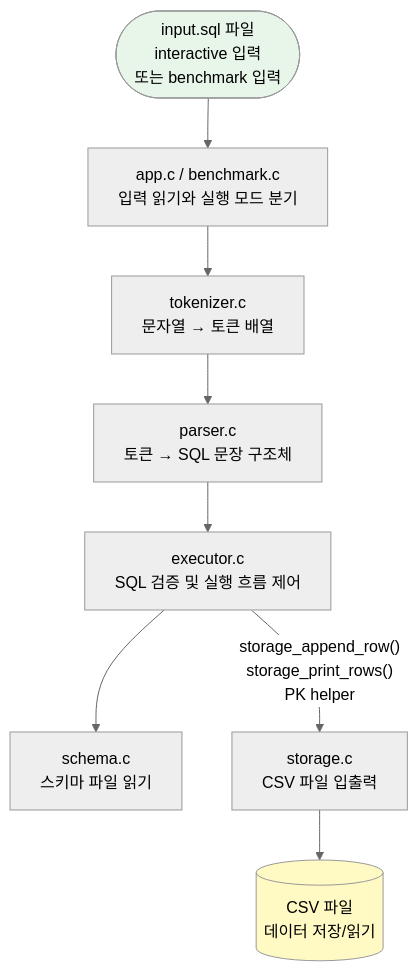
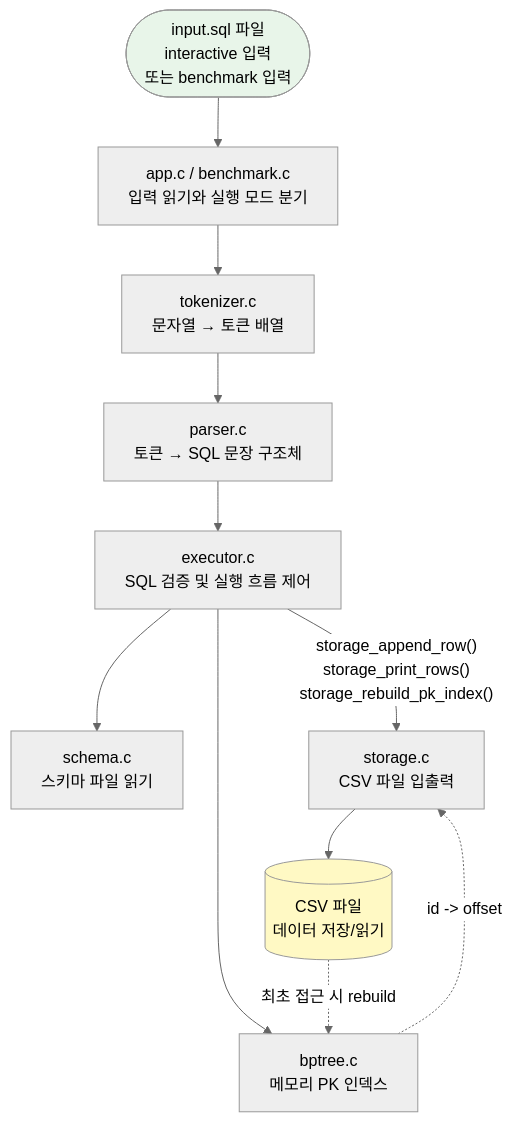
The first of 11 diagrams in GUIDE.md (Jungle-12-303/week7-02-sql-index), drawn with Mermaid (neutral theme) before and after one commit. The commit also changed other lines of this file and 10 other files, not shown here.

````diff
--- a/GUIDE.md
+++ b/GUIDE.md
@@ -100,13 +115,16 @@
 ```mermaid
 flowchart TD
     A(["input.sql 파일\ninteractive 입력\n또는 benchmark 입력"]) --> B["app.c / benchmark.c\n입력 읽기와 실행 모드 분기"]
     B --> C["tokenizer.c\n문자열 → 토큰 배열"]
     C --> D["parser.c\n토큰 → SQL 문장 구조체"]
     D --> E["executor.c\nSQL 검증 및 실행 흐름 제어"]
     E --> F["schema.c\n스키마 파일 읽기"]
-    E -->|"storage_append_row()\nstorage_print_rows()\nPK helper"| H["storage.c\nCSV 파일 입출력"]
+    E -->|"storage_append_row()\nstorage_print_rows()\nstorage_rebuild_pk_index()"| H["storage.c\nCSV 파일 입출력"]
+    E --> I["bptree.c\n메모리 PK 인덱스"]
     H --> G[("CSV 파일\n데이터 저장/읽기")]
+    G -. "최초 접근 시 rebuild" .-> I
+    I -. "id -> offset" .-> H
 
     style A fill:#e8f5e9
     style G fill:#fff9c4
 ```
````
